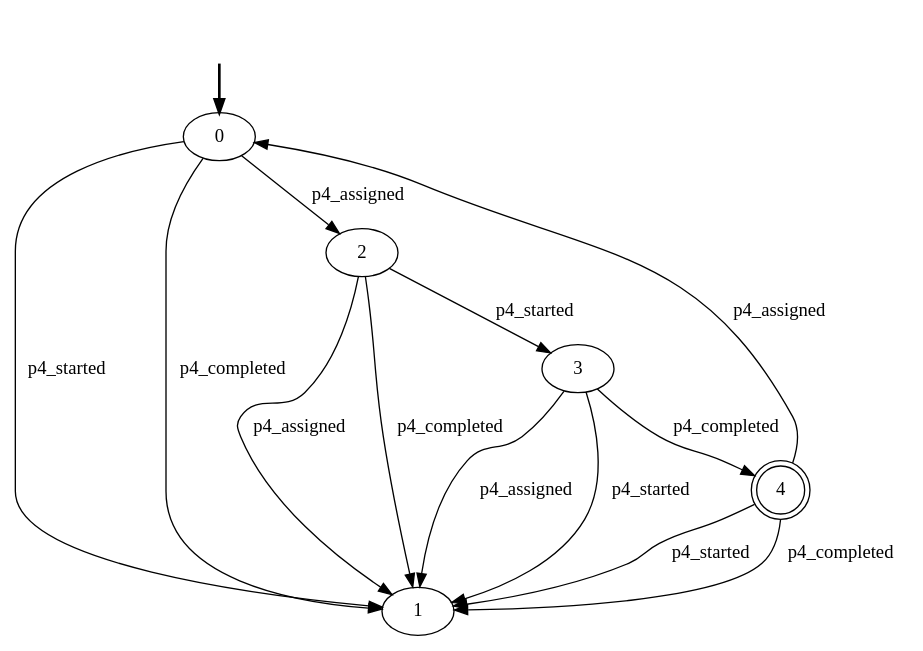
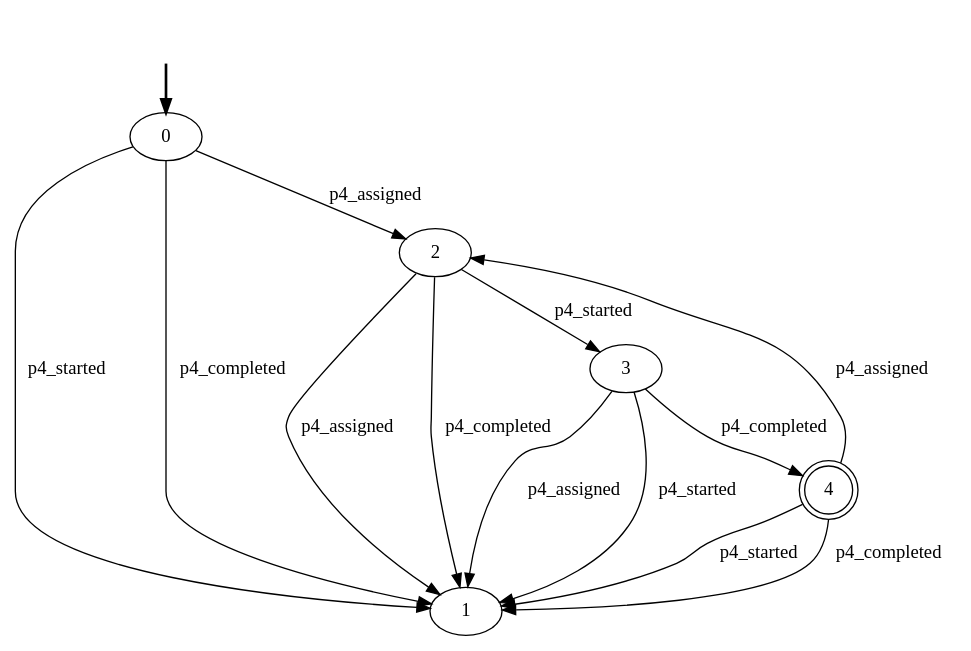
One commit to GianmarcoBordin/pddlTranslator changed the diagram in Plan-based_Data_Aware_Declarative_Conf_Checker/resources/declarative-models/Data-Aware/5-CONSTRAINTS/p4_lifecycle.dot. Above: the diagram before and after it, drawn with Graphviz. The commit also changed 78 other files, not shown here.

```diff
--- a/Plan-based_Data_Aware_Declarative_Conf_Checker/resources/declarative-models/Data-Aware/5-CONSTRAINTS/p4_lifecycle.dot
+++ b/Plan-based_Data_Aware_Declarative_Conf_Checker/resources/declarative-models/Data-Aware/5-CONSTRAINTS/p4_lifecycle.dot
@@ -1,21 +1,21 @@
 digraph {
 		fake0 [style=invisible]
 		0 [root=true]
+		1
 		2
 		3
 		4 [shape=doublecircle]
-		1
 		fake0 -> 0 [style=bold]
-		0 -> 2 [label=p4_assigned]
+		2 -> 1 [label=p4_assigned]
 		2 -> 3 [label=p4_started]
-		3 -> 4 [label=p4_completed]
-		4 -> 0 [label=p4_assigned]
+		2 -> 1 [label=p4_completed]
 		3 -> 1 [label=p4_assigned]
 		3 -> 1 [label=p4_started]
+		3 -> 4 [label=p4_completed]
+		4 -> 2 [label=p4_assigned]
 		4 -> 1 [label=p4_started]
 		4 -> 1 [label=p4_completed]
-		2 -> 1 [label=p4_assigned]
-		2 -> 1 [label=p4_completed]
+		0 -> 2 [label=p4_assigned]
 		0 -> 1 [label=p4_started]
 		0 -> 1 [label=p4_completed]
 }
```
